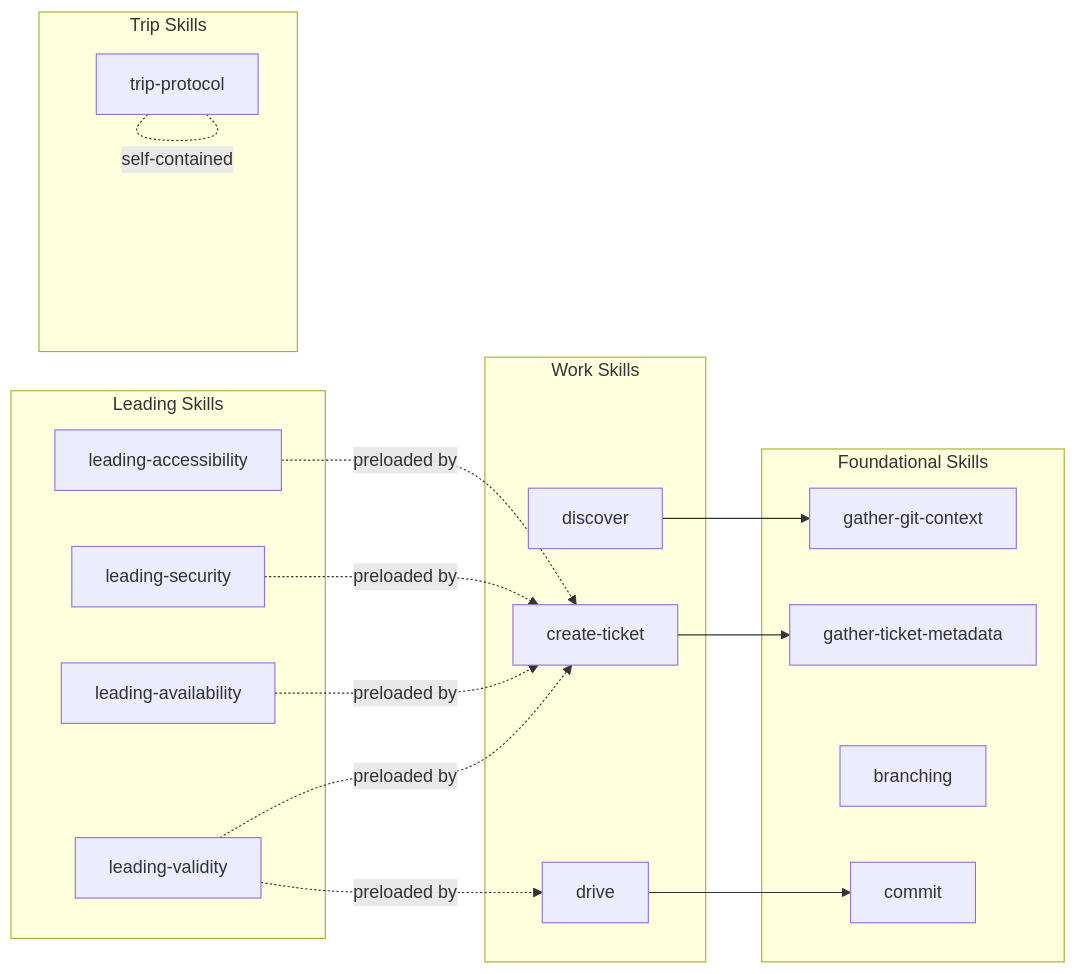
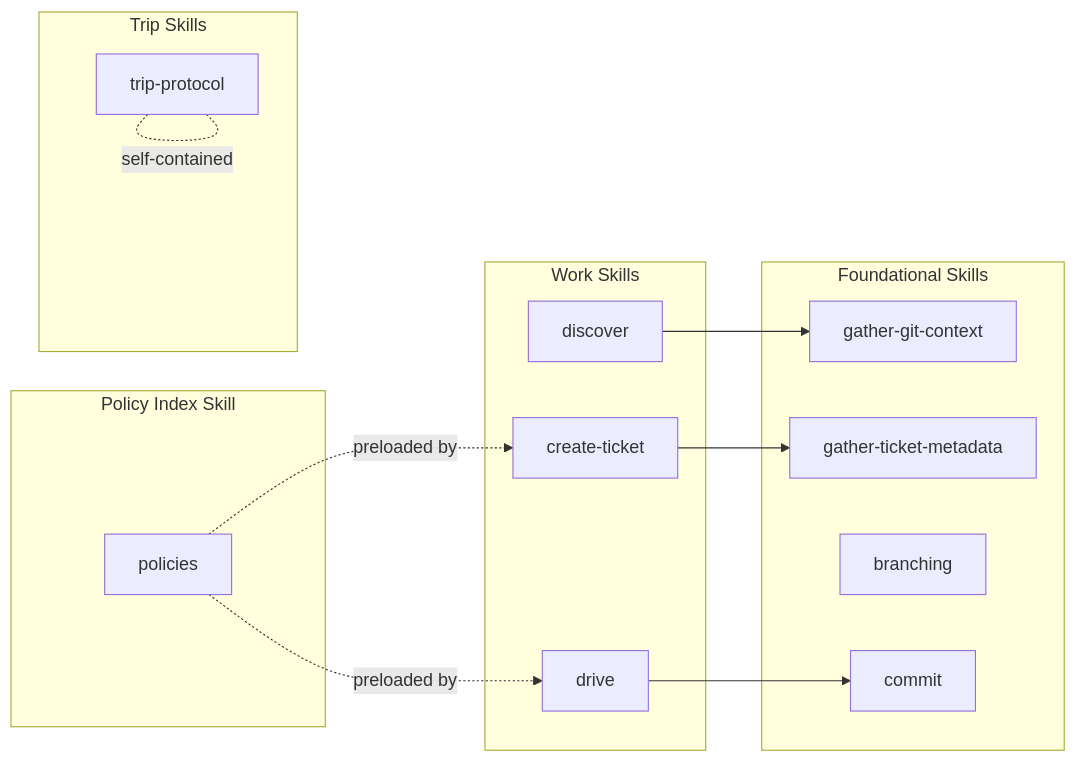
Before and after one commit to qmu/workaholic: the third of 3 diagrams in .workaholic/specs/component.md, drawn with Mermaid. The commit also changed other lines of this file and 28 other files, not shown here.

````diff
--- a/.workaholic/specs/component.md
+++ b/.workaholic/specs/component.md
@@ -311,38 +300,32 @@
 ```mermaid
 flowchart LR
-    subgraph "Leading Skills"
-        LV[leading-validity]
-        LAv[leading-availability]
-        LSec[leading-security]
-        LAc[leading-accessibility]
+    subgraph "Policy Index Skill"
+        PI[policies]
     end
 
     subgraph "Trip Skills"
         TP[trip-protocol]
     end
 
     subgraph "Work Skills"
         D[drive]
         CT[create-ticket]
         Disc[discover]
     end
 
     subgraph "Foundational Skills"
         GGC[gather-git-context]
         GTM[gather-ticket-metadata]
         Br[branching]
         Co[commit]
     end
 
     D --> Co
     CT --> GTM
     Disc --> GGC
 
-    LV -.preloaded by.-> CT
-    LV -.preloaded by.-> D
-    LAv -.preloaded by.-> CT
-    LSec -.preloaded by.-> CT
-    LAc -.preloaded by.-> CT
+    PI -.preloaded by.-> CT
+    PI -.preloaded by.-> D
 
     TP -.- |self-contained| TP
 ```
````
